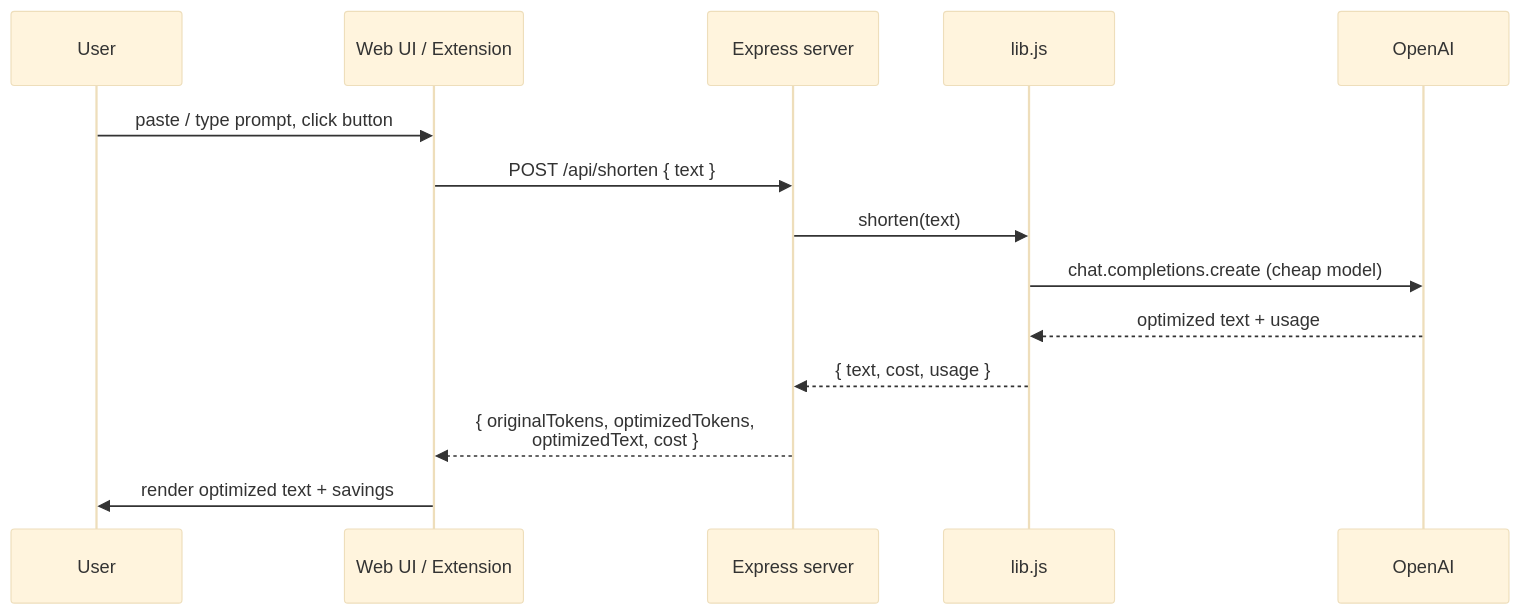
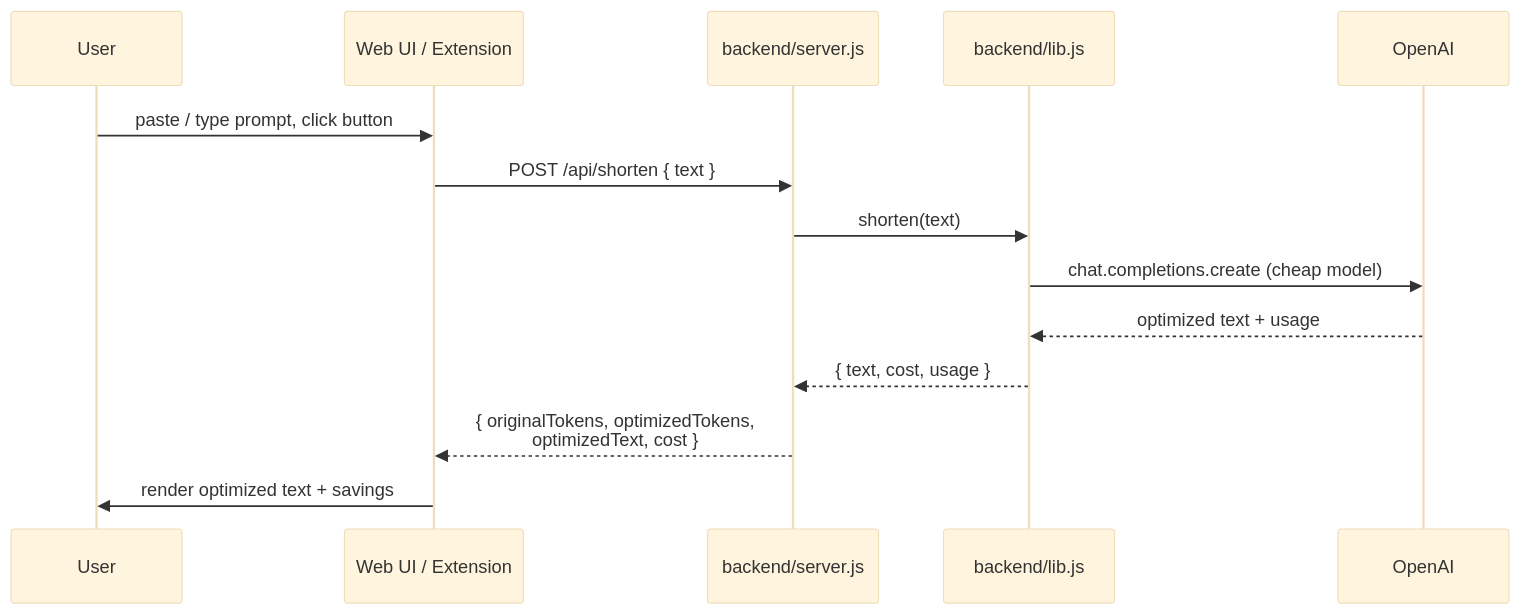
Before and after one commit to bsmahdi/COP-X-technical-project-submission: the second of 3 diagrams in docs/ARCHITECTURE.md, drawn with Mermaid (base theme). The commit also changed other lines of this file and 39 other files, not shown here.

````diff
--- a/docs/ARCHITECTURE.md
+++ b/docs/ARCHITECTURE.md
@@ -64,17 +64,17 @@
 ```mermaid
 sequenceDiagram
     participant User
     participant Surface as Web UI / Extension
-    participant Server as Express server
-    participant Lib as lib.js
+    participant Server as backend/server.js
+    participant Lib as backend/lib.js
     participant OpenAI
 
     User->>Surface: paste / type prompt, click button
     Surface->>Server: POST /api/shorten { text }
     Server->>Lib: shorten(text)
     Lib->>OpenAI: chat.completions.create (cheap model)
     OpenAI-->>Lib: optimized text + usage
     Lib-->>Server: { text, cost, usage }
     Server-->>Surface: { originalTokens, optimizedTokens,<br/>optimizedText, cost }
     Surface->>User: render optimized text + savings
 ```
````
